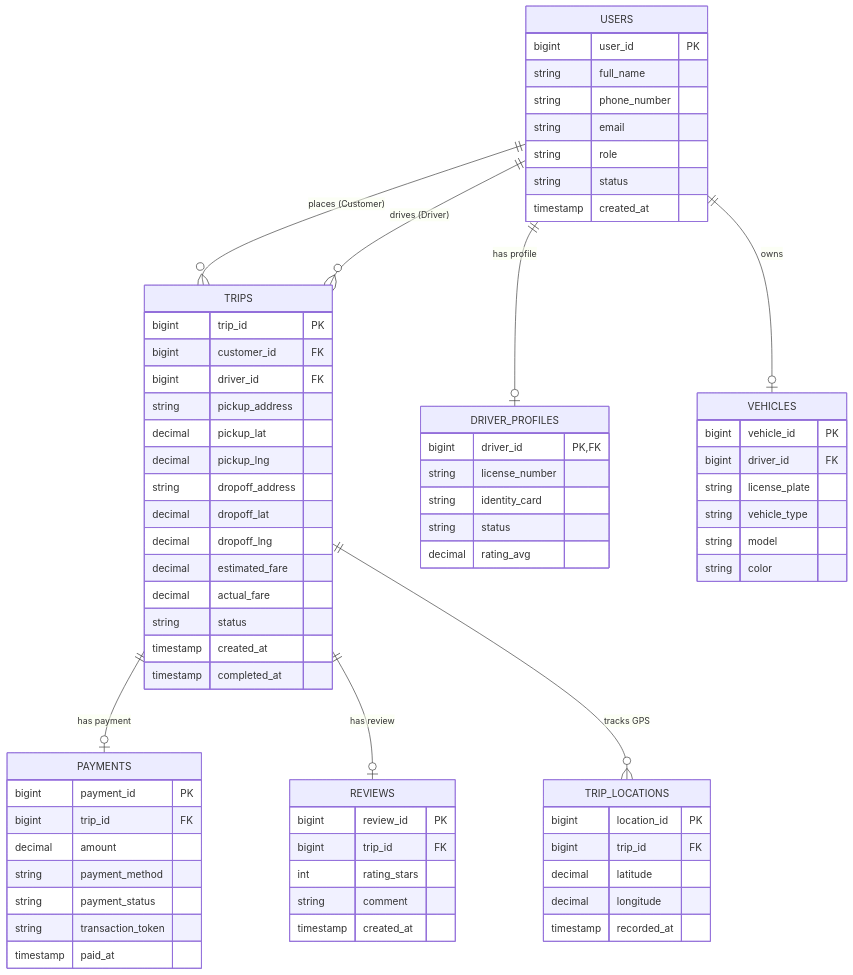
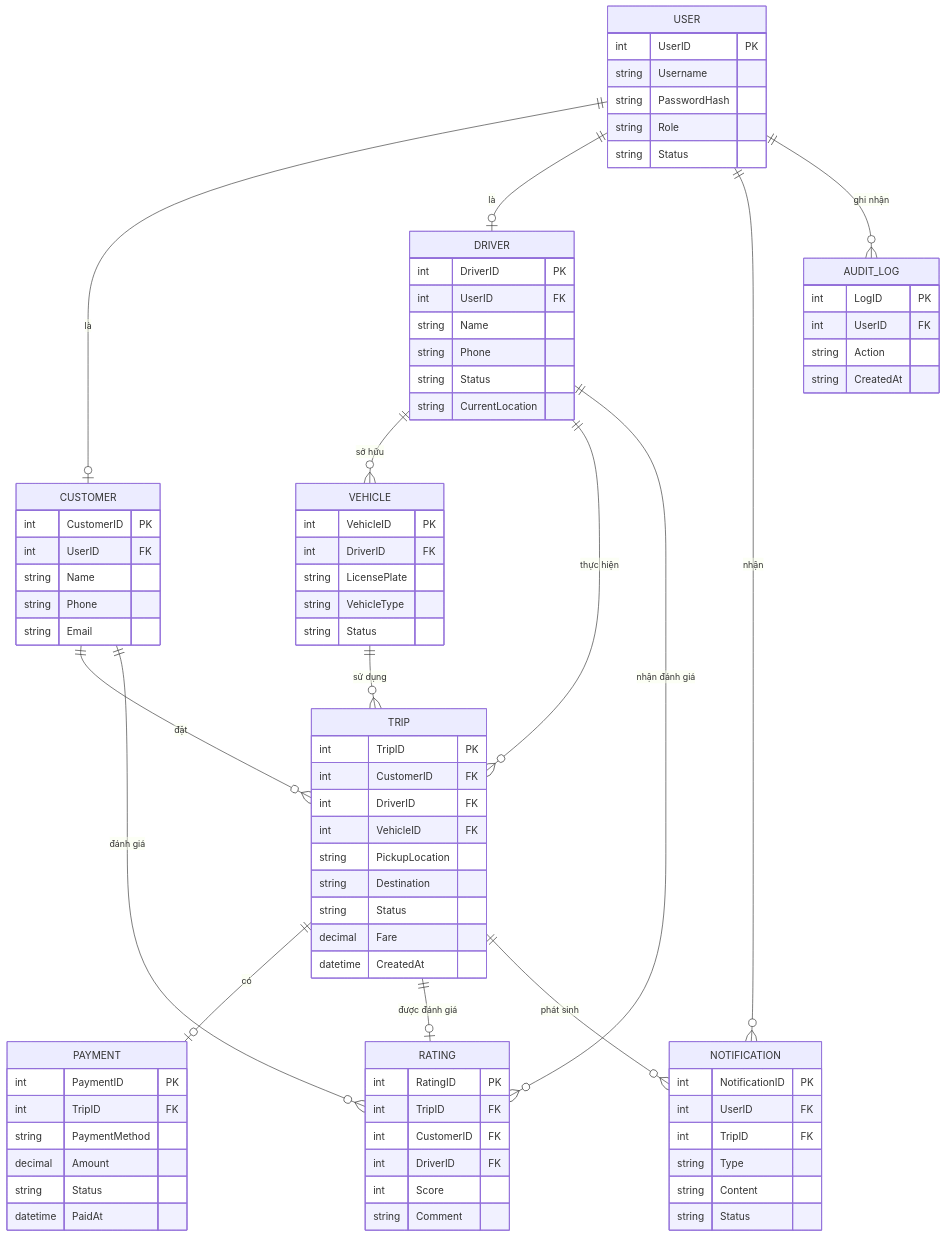
Before and after one commit to tranthinhuy1611-ai/23664031_TranThiNhuY_CABSYSTEM: the diagram in SRS.md, drawn with Mermaid. The commit also changed other lines of this file, not shown here.

````diff
--- a/SRS.md
+++ b/SRS.md
@@ -298,80 +470,103 @@
 ```mermaid
 erDiagram
-    USERS ||--o{ TRIPS : "places (Customer)"
-    USERS ||--o{ TRIPS : "drives (Driver)"
-    USERS ||--o| DRIVER_PROFILES : "has profile"
-    USERS ||--o| VEHICLES : "owns"
-    TRIPS ||--o| PAYMENTS : "has payment"
-    TRIPS ||--o| REVIEWS : "has review"
-    TRIPS ||--o{ TRIP_LOCATIONS : "tracks GPS"
 
-    USERS {
-        bigint user_id PK
-        string full_name
-        string phone_number
-        string email
-        string role
-        string status
-        timestamp created_at
+    USER {
+        int UserID PK
+        string Username
+        string PasswordHash
+        string Role
+        string Status
     }
 
-    DRIVER_PROFILES {
-        bigint driver_id PK, FK
-        string license_number
-        string identity_card
-        string status
-        decimal rating_avg
+    CUSTOMER {
+        int CustomerID PK
+        int UserID FK
+        string Name
+        string Phone
+        string Email
     }
 
-    VEHICLES {
-        bigint vehicle_id PK
-        bigint driver_id FK
-        string license_plate
-        string vehicle_type
-        string model
-        string color
+    DRIVER {
+        int DriverID PK
+        int UserID FK
+        string Name
+        string Phone
+        string Status
+        string CurrentLocation
     }
 
-    TRIPS {
-        bigint trip_id PK
-        bigint customer_id FK
-        bigint driver_id FK
-        string pickup_address
-        decimal pickup_lat
-        decimal pickup_lng
-        string dropoff_address
-        decimal dropoff_lat
-        decimal dropoff_lng
-        decimal estimated_fare
-        decimal actual_fare
-        string status
-        timestamp created_at
-        timestamp completed_at
+    VEHICLE {
+        int VehicleID PK
+        int DriverID FK
+        string LicensePlate
+        string VehicleType
+        string Status
     }
 
-    PAYMENTS {
-        bigint payment_id PK
-        bigint trip_id FK
-        decimal amount
-        string payment_method
-        string payment_status
-        string transaction_token
-        timestamp paid_at
+    TRIP {
+        int TripID PK
+        int CustomerID FK
+        int DriverID FK
+        int VehicleID FK
+        string PickupLocation
+        string Destination
+        string Status
+        decimal Fare
+        datetime CreatedAt
     }
 
-    REVIEWS {
-        bigint review_id PK
-        bigint trip_id FK
-        int rating_stars
-        string comment
-        timestamp created_at
+    PAYMENT {
+        int PaymentID PK
+        int TripID FK
+        string PaymentMethod
+        decimal Amount
+        string Status
+        datetime PaidAt
     }
 
-    TRIP_LOCATIONS {
-        bigint location_id PK
-        bigint trip_id FK
-        decimal latitude
-        decimal longitude
-        timestamp recorded_at
+    RATING {
+        int RatingID PK
+        int TripID FK
+        int CustomerID FK
+        int DriverID FK
+        int Score
+        string Comment
     }
+
+    NOTIFICATION {
+        int NotificationID PK
+        int UserID FK
+        int TripID FK
+        string Type
+        string Content
+        string Status
+    }
+
+    AUDIT_LOG {
+        int LogID PK
+        int UserID FK
+        string Action
+        string CreatedAt
+    }
+
+
+    USER ||--o| CUSTOMER : "là"
+    USER ||--o| DRIVER : "là"
+
+    DRIVER ||--o{ VEHICLE : "sở hữu"
+
+    CUSTOMER ||--o{ TRIP : "đặt"
+    DRIVER ||--o{ TRIP : "thực hiện"
+    VEHICLE ||--o{ TRIP : "sử dụng"
+
+    TRIP ||--o| PAYMENT : "có"
+    TRIP ||--o| RATING : "được đánh giá"
+
+    CUSTOMER ||--o{ RATING : "đánh giá"
+    DRIVER ||--o{ RATING : "nhận đánh giá"
+
+    USER ||--o{ NOTIFICATION : "nhận"
+    TRIP ||--o{ NOTIFICATION : "phát sinh"
+
+    USER ||--o{ AUDIT_LOG : "ghi nhận"
 ```
````
